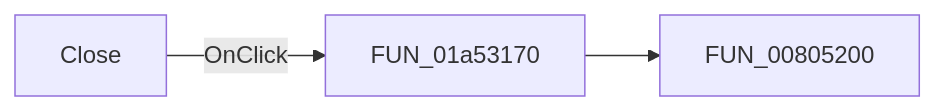
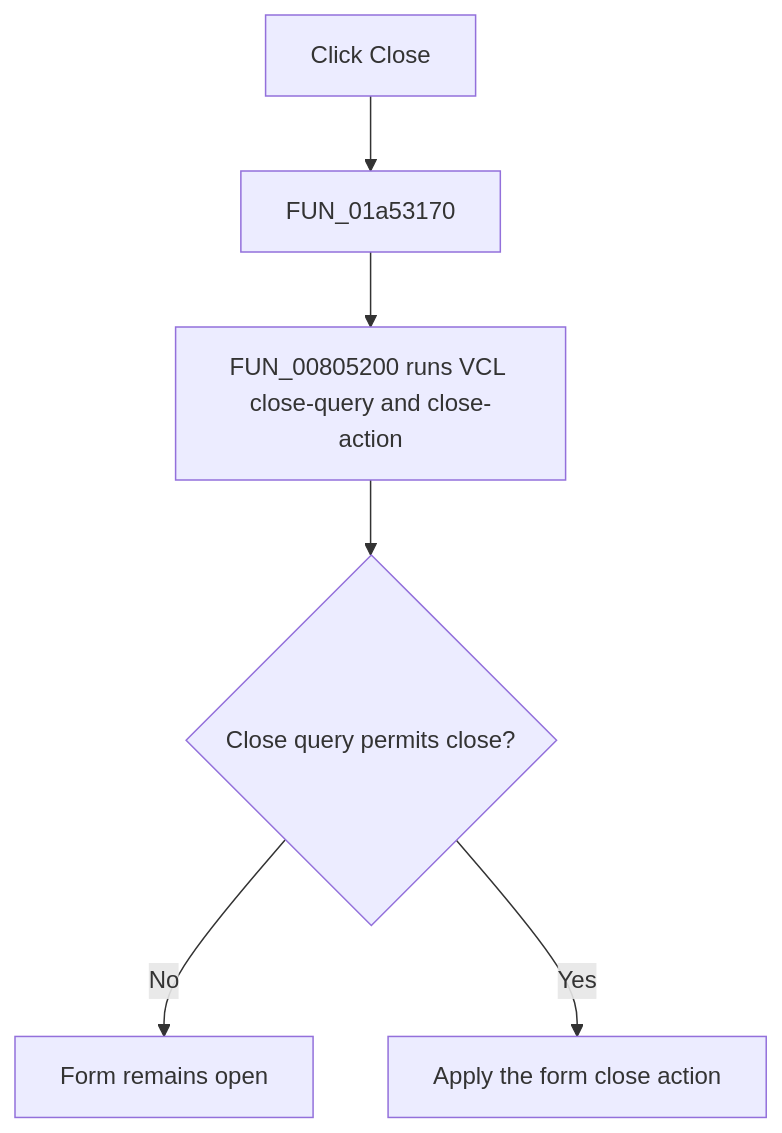
The diagram in docs/ui-controls/localllmform/mnexit-04743e1b19.md (MovGP0/TIARA), drawn with Mermaid before and after one commit. The commit also changed other lines of this file and 1062 other files, not shown here.

````diff
--- a/docs/ui-controls/localllmform/mnexit-04743e1b19.md
+++ b/docs/ui-controls/localllmform/mnexit-04743e1b19.md
@@ -27,5 +29,8 @@
 ```mermaid
-flowchart LR
-    control["Close"] -->|OnClick| handler["FUN_01a53170"]
-    handler --> call1["FUN_00805200"]
+flowchart TD
+    control["Click Close"] --> handler["FUN_01a53170"]
+    handler --> close["FUN_00805200 runs VCL close-query and close-action"]
+    close --> decision{"Close query permits close?"}
+    decision -->|No| remain["Form remains open"]
+    decision -->|Yes| action["Apply the form close action"]
 ```
````
